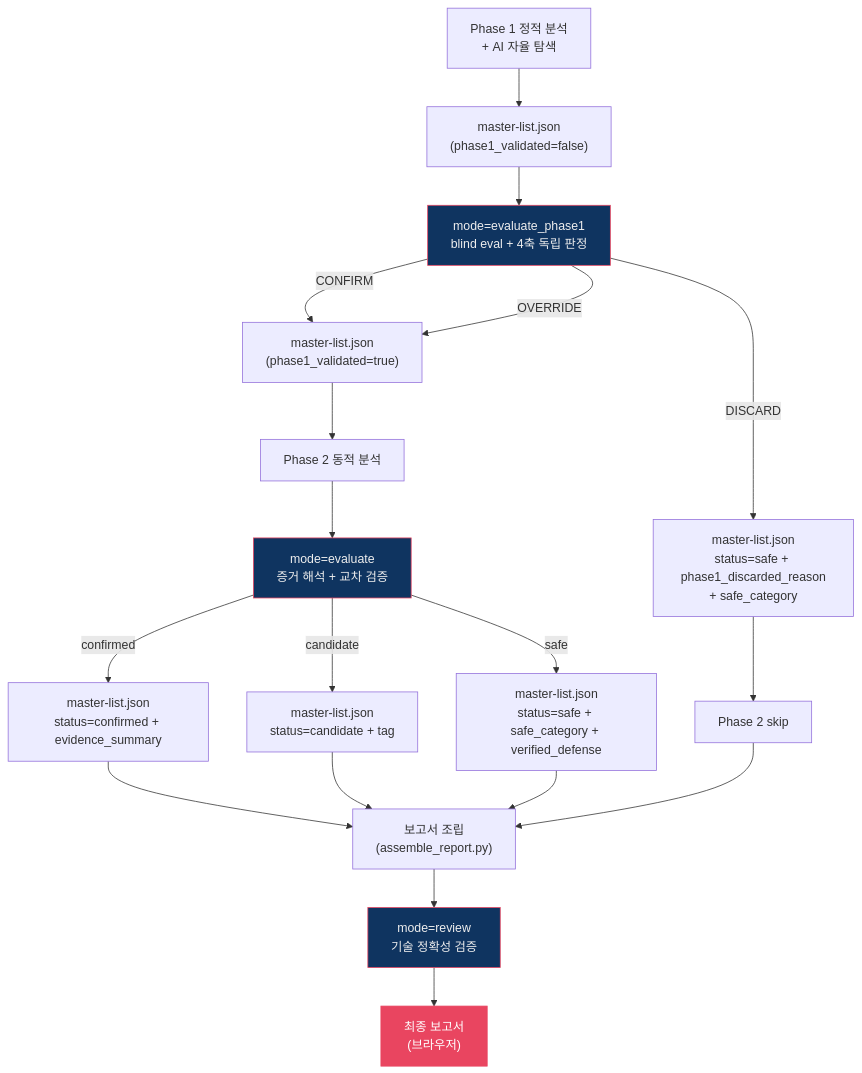
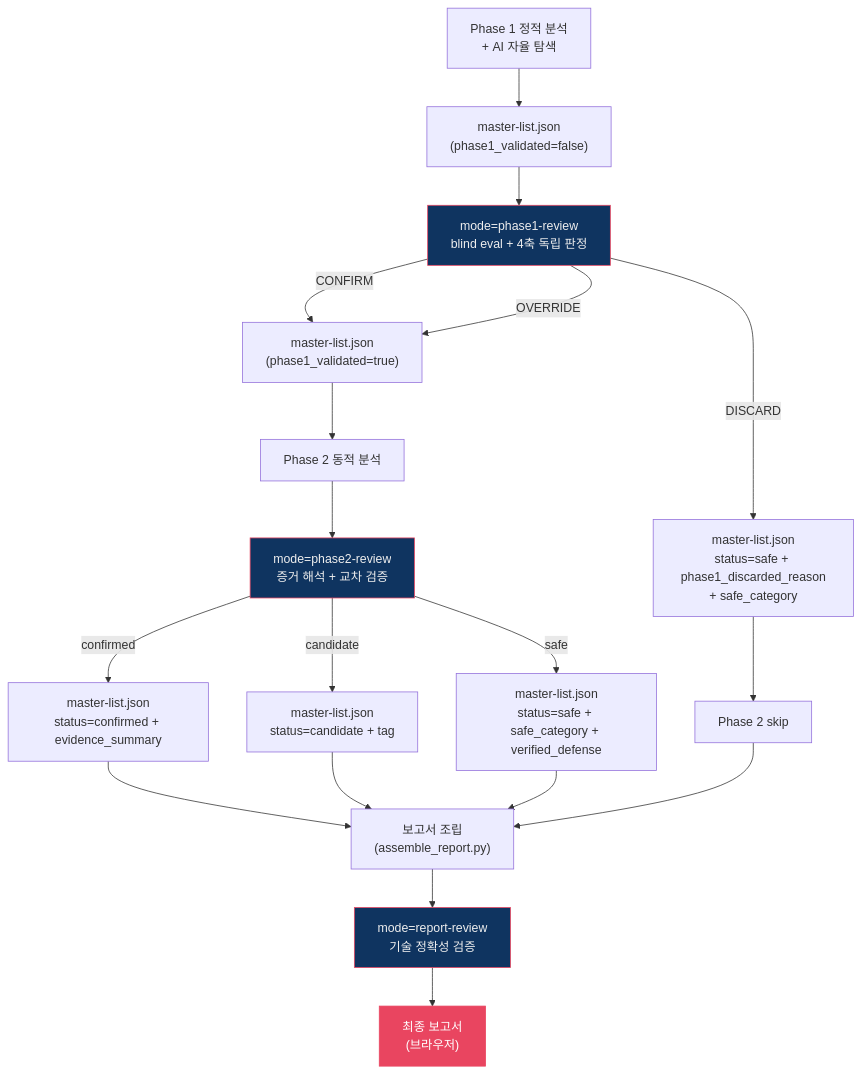
Before and after one commit to nomarlhack/noah-sast: the diagram in skills/sast/docs/review-modes.md, drawn with Mermaid. The commit also changed other lines of this file and 20 other files, not shown here.

First line of the commit message:
refactor(sast): 3모드를 phase1-review / phase2-review / report-review로 전면 재명명

````diff
--- a/skills/sast/docs/review-modes.md
+++ b/skills/sast/docs/review-modes.md
@@ -15,30 +15,30 @@
 ```mermaid
 flowchart TD
     P1["Phase 1 정적 분석\n+ AI 자율 탐색"]
     P1 --> ML1["master-list.json\n(phase1_validated=false)"]
-    ML1 --> EP1["mode=evaluate_phase1\nblind eval + 4축 독립 판정"]
+    ML1 --> EP1["mode=phase1-review\nblind eval + 4축 독립 판정"]
     EP1 -->|CONFIRM| ML2["master-list.json\n(phase1_validated=true)"]
     EP1 -->|OVERRIDE| ML2
     EP1 -->|DISCARD| ML2S["master-list.json\nstatus=safe + phase1_discarded_reason\n+ safe_category"]
 
     ML2 --> P2["Phase 2 동적 분석"]
     ML2S --> Skip["Phase 2 skip"]
 
-    P2 --> EV["mode=evaluate\n증거 해석 + 교차 검증"]
+    P2 --> EV["mode=phase2-review\n증거 해석 + 교차 검증"]
     EV -->|confirmed| ML3["master-list.json\nstatus=confirmed + evidence_summary"]
     EV -->|candidate| ML3C["master-list.json\nstatus=candidate + tag"]
     EV -->|safe| ML3S["master-list.json\nstatus=safe + safe_category + verified_defense"]
 
     ML3 --> Report["보고서 조립\n(assemble_report.py)"]
     ML3C --> Report
     ML3S --> Report
     Skip --> Report
 
-    Report --> RV["mode=review\n기술 정확성 검증"]
+    Report --> RV["mode=report-review\n기술 정확성 검증"]
     RV --> Final["최종 보고서\n(브라우저)"]
 
     style EP1 fill:#0f3460,stroke:#e94560,color:#eee
     style EV fill:#0f3460,stroke:#e94560,color:#eee
     style RV fill:#0f3460,stroke:#e94560,color:#eee
     style Final fill:#e94560,stroke:#e94560,color:#fff
 ```
````
